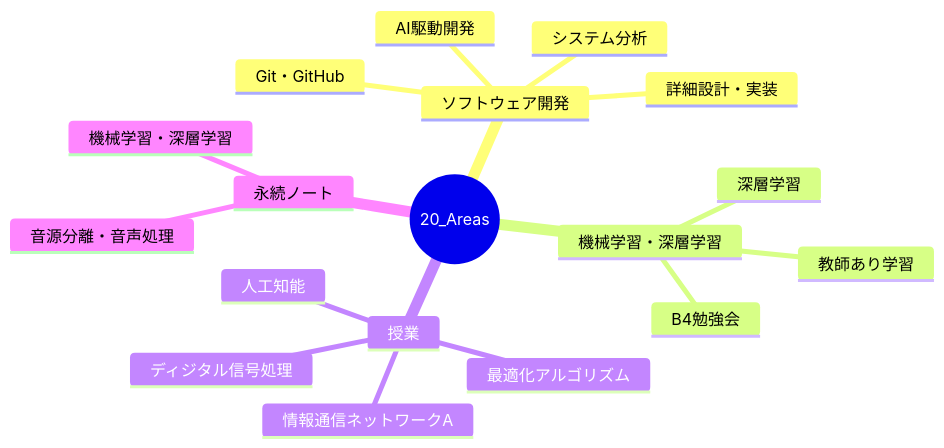
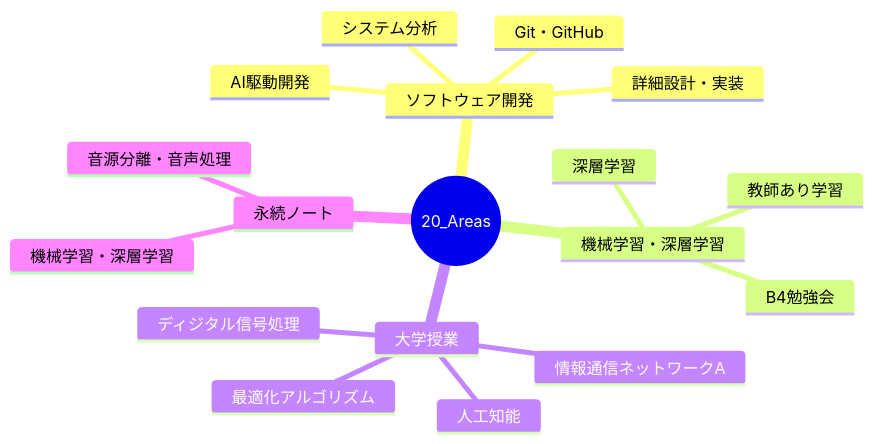
The diagram in 20_Areas/【MOC】20_Areas.md (97kuek/obsidian-vault), drawn with Mermaid before and after one commit. The commit also changed other lines of this file and 210 other files, not shown here.

````diff
--- a/20_Areas/【MOC】20_Areas.md
+++ b/20_Areas/【MOC】20_Areas.md
@@ -16,21 +16,21 @@
 ```mermaid
 mindmap
   root(("20_Areas"))
     ソフトウェア開発
       Git・GitHub
       システム分析
       詳細設計・実装
       AI駆動開発
     機械学習・深層学習
       教師あり学習
       深層学習
       B4勉強会
-    授業
+    大学授業
       人工知能
       ディジタル信号処理
       情報通信ネットワークA
       最適化アルゴリズム
     永続ノート
       音源分離・音声処理
       機械学習・深層学習
 ```
````
